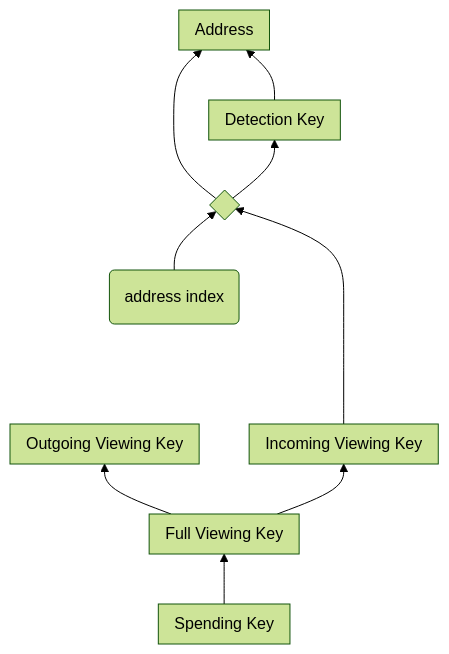
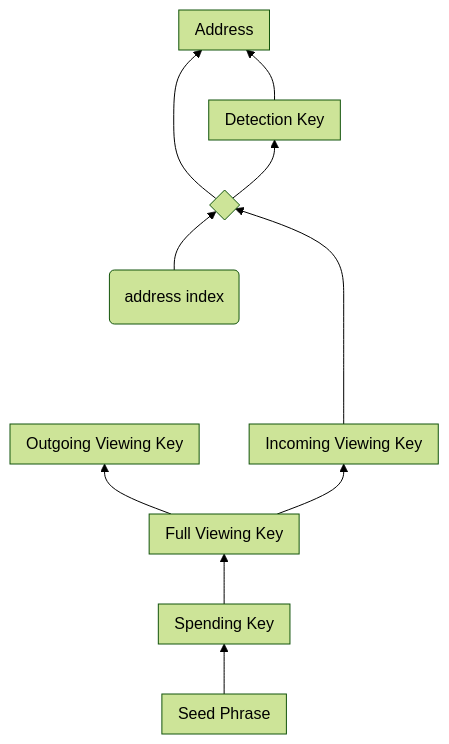
One commit to penumbra-zone/penumbra changed the diagram in docs/protocol/src/concepts/addresses_keys.md. Above: the diagram before and after it, drawn with Mermaid (forest theme). The commit also changed other lines of this file and 3 other files, not shown here.

````diff
--- a/docs/protocol/src/concepts/addresses_keys.md
+++ b/docs/protocol/src/concepts/addresses_keys.md
@@ -7,27 +7,30 @@
 ```mermaid
 flowchart BT
     subgraph Address
     end;
     subgraph DTK[Detection Key]
     end;
     subgraph IVK[Incoming Viewing Key]
     end;
     subgraph OVK[Outgoing Viewing Key]
     end;
     subgraph FVK[Full Viewing Key]
     end;
     subgraph SK[Spending Key]
     end;
+    subgraph SeedPhrase[Seed Phrase]
+    end;
 
     index(address index);
     div{ };
 
+    SeedPhrase --> SK;
     SK --> FVK;
     FVK --> OVK;
     FVK --> IVK;
 
     index --> div;
     IVK ----> div;
     div --> Address & DTK;
     DTK --> Address;
 ```
````
